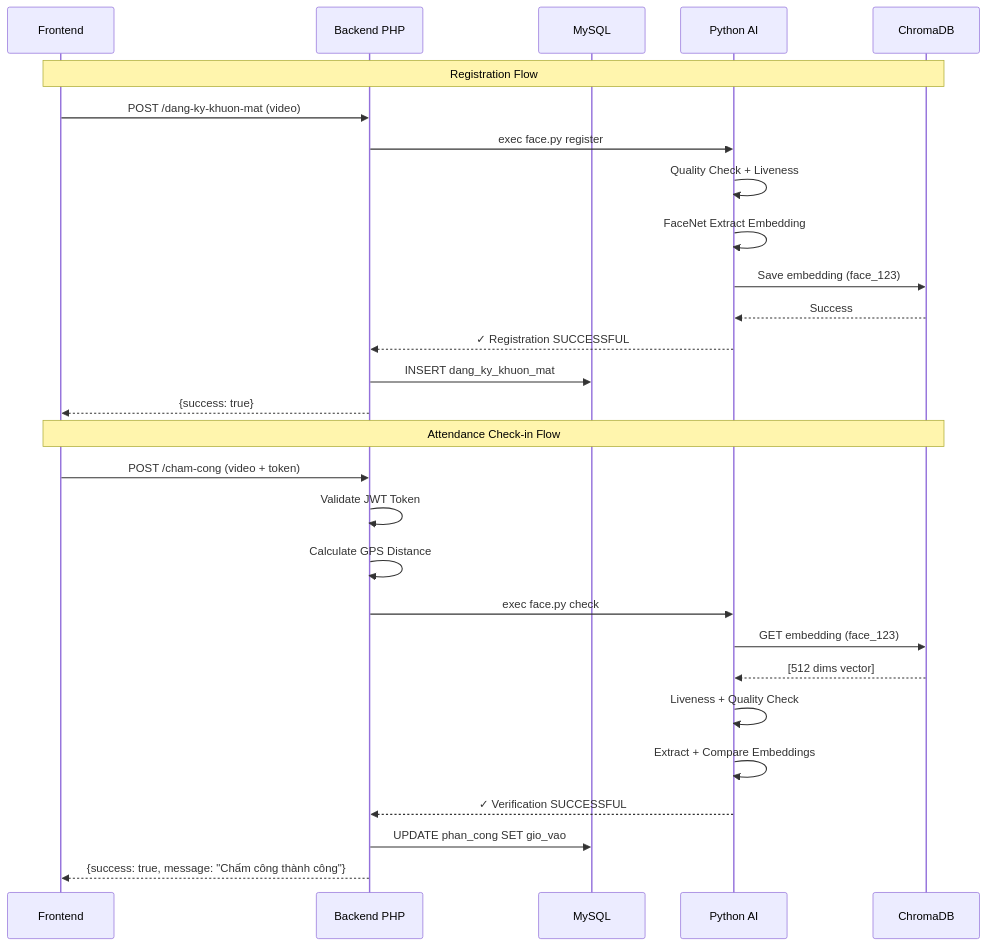
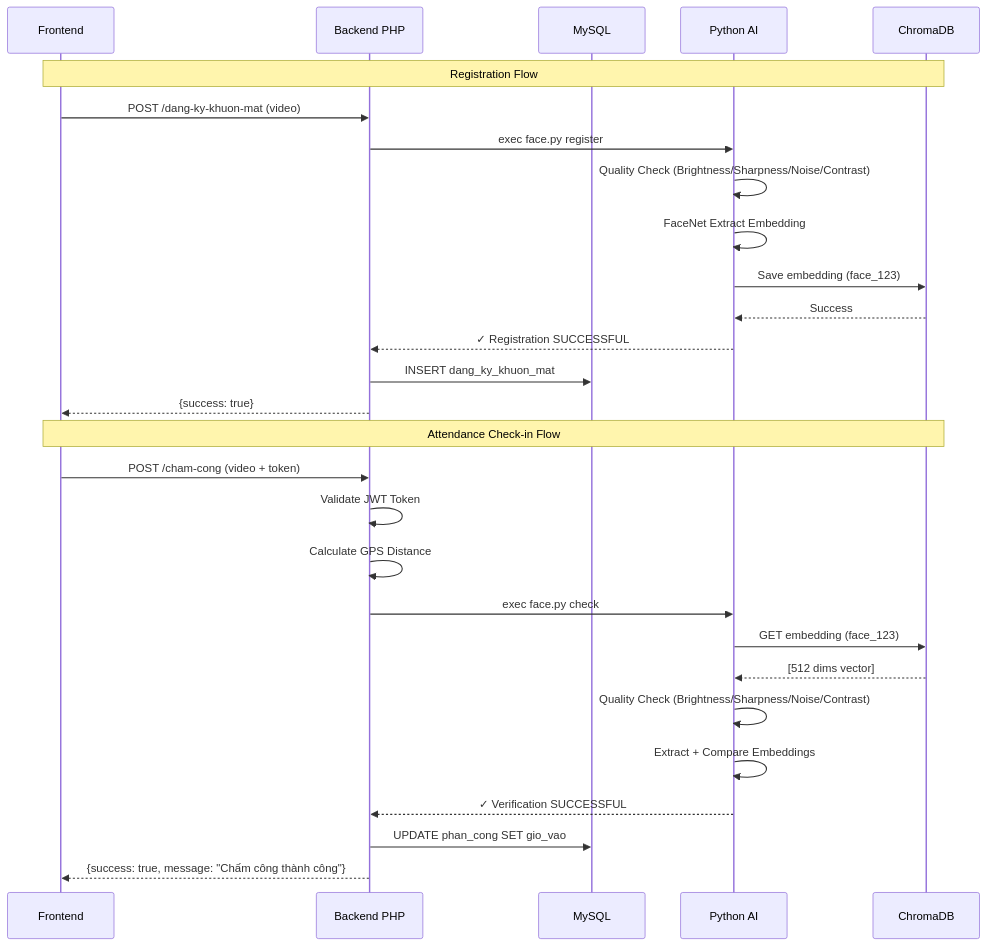
Before and after one commit to iuh21004175/EPIC--Theater-chain-management-system-NGINX-: the sixth of 12 diagrams in doc/TAI_LIEU_CHAM_CONG.md, drawn with Mermaid. The commit also changed other lines of this file, not shown here.

````diff
--- a/doc/TAI_LIEU_CHAM_CONG.md
+++ b/doc/TAI_LIEU_CHAM_CONG.md
@@ -432,32 +432,32 @@
 ```mermaid
 sequenceDiagram
     participant UI as Frontend
     participant PHP as Backend PHP
     participant MYSQL as MySQL
     participant PY as Python AI
     participant CHROMA as ChromaDB
     
     Note over UI,CHROMA: Registration Flow
     UI->>PHP: POST /dang-ky-khuon-mat (video)
     PHP->>PY: exec face.py register
-    PY->>PY: Quality Check + Liveness
+    PY->>PY: Quality Check (Brightness/Sharpness/Noise/Contrast)
     PY->>PY: FaceNet Extract Embedding
     PY->>CHROMA: Save embedding (face_123)
     CHROMA-->>PY: Success
     PY-->>PHP: ✓ Registration SUCCESSFUL
     PHP->>MYSQL: INSERT dang_ky_khuon_mat
     PHP-->>UI: {success: true}
     
     Note over UI,CHROMA: Attendance Check-in Flow
     UI->>PHP: POST /cham-cong (video + token)
     PHP->>PHP: Validate JWT Token
     PHP->>PHP: Calculate GPS Distance
     PHP->>PY: exec face.py check
     PY->>CHROMA: GET embedding (face_123)
     CHROMA-->>PY: [512 dims vector]
-    PY->>PY: Liveness + Quality Check
+    PY->>PY: Quality Check (Brightness/Sharpness/Noise/Contrast)
     PY->>PY: Extract + Compare Embeddings
     PY-->>PHP: ✓ Verification SUCCESSFUL
     PHP->>MYSQL: UPDATE phan_cong SET gio_vao
     PHP-->>UI: {success: true, message: "Chấm công thành công"}
 ```
````
